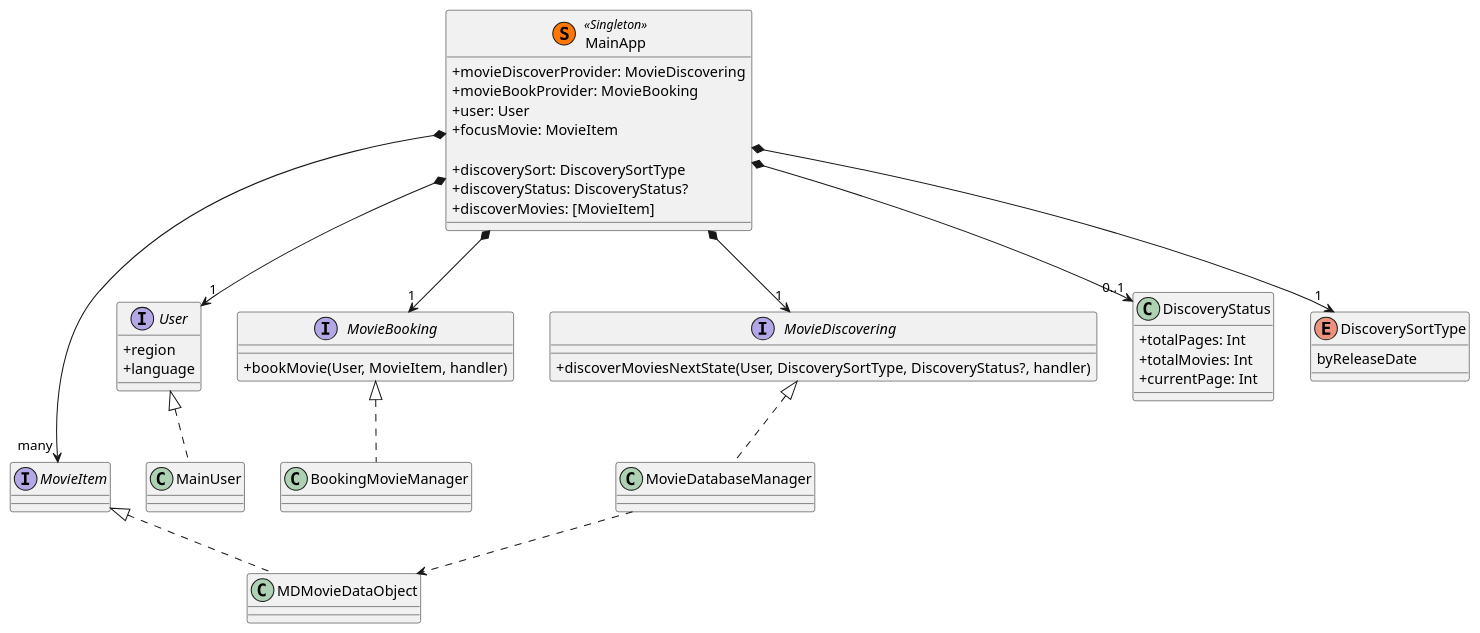
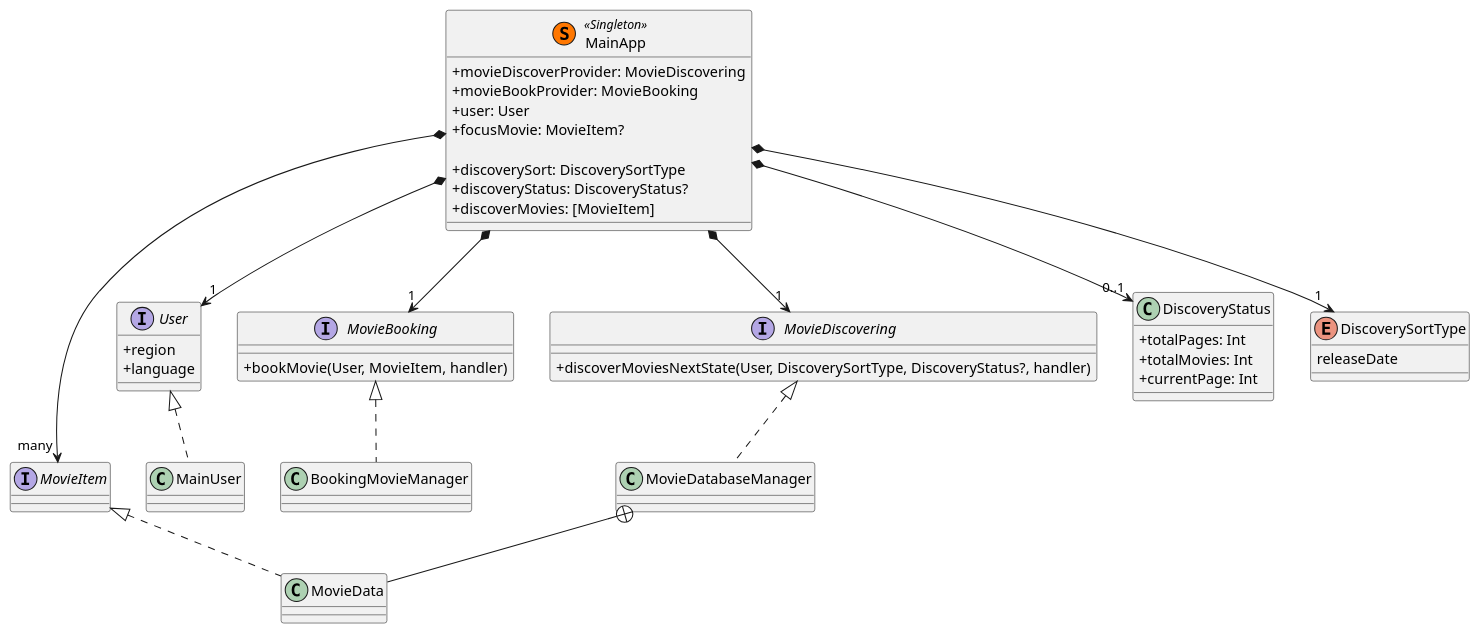
One commit to willsbor/CinemaForYou changed the second of 4 diagrams in README.md. Above: the diagram before and after it, drawn with PlantUML. The commit also changed other lines of this file and 17 other files, not shown here.

````diff
--- a/README.md
+++ b/README.md
@@ -86,58 +86,58 @@
 ```puml
 skinparam classAttributeIconSize 0
 
 interface MovieDiscovering {
   +discoverMoviesNextState(User, DiscoverySortType, DiscoveryStatus?, handler)
 }
 interface MovieBooking {
   +bookMovie(User, MovieItem, handler)
 }
 interface User {
   +region
   +language
 }
 
 interface MovieItem {
 
 }
 
 class DiscoveryStatus {
   +totalPages: Int
   +totalMovies: Int
   +currentPage: Int
 }
 
 enum DiscoverySortType {
-  byReleaseDate
+  releaseDate
 }
 
 class MainApp << (S,#FF7700) Singleton >> {
   +movieDiscoverProvider: MovieDiscovering
   +movieBookProvider: MovieBooking
   +user: User
-  +focusMovie: MovieItem
+  +focusMovie: MovieItem?
 
   +discoverySort: DiscoverySortType
   +discoveryStatus: DiscoveryStatus?
   +discoverMovies: [MovieItem]
 }
 
 MainApp *--> "1" User
 MainApp *--> "1" MovieDiscovering
 MainApp *--> "1" MovieBooking
 MainApp *--> "many" MovieItem
 MainApp *--> "0..1" DiscoveryStatus
 MainApp *--> "1" DiscoverySortType
 
 class MovieDatabaseManager
-class MDMovieDataObject
+class MovieData
 class BookingMovieManager
 class MainUser
 
 MovieDatabaseManager .up.|> MovieDiscovering
 BookingMovieManager .up.|> MovieBooking
 MainUser .up.|> User
-MovieDatabaseManager ..> MDMovieDataObject
-MDMovieDataObject .up.|> MovieItem
+MovieDatabaseManager +-down- MovieData
+MovieData .up.|> MovieItem
 
 ```
````
